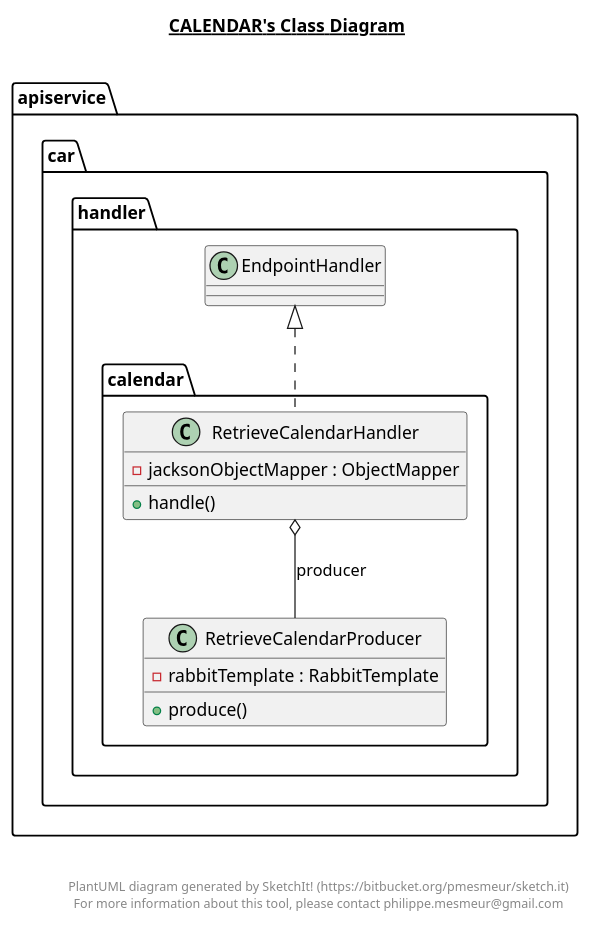
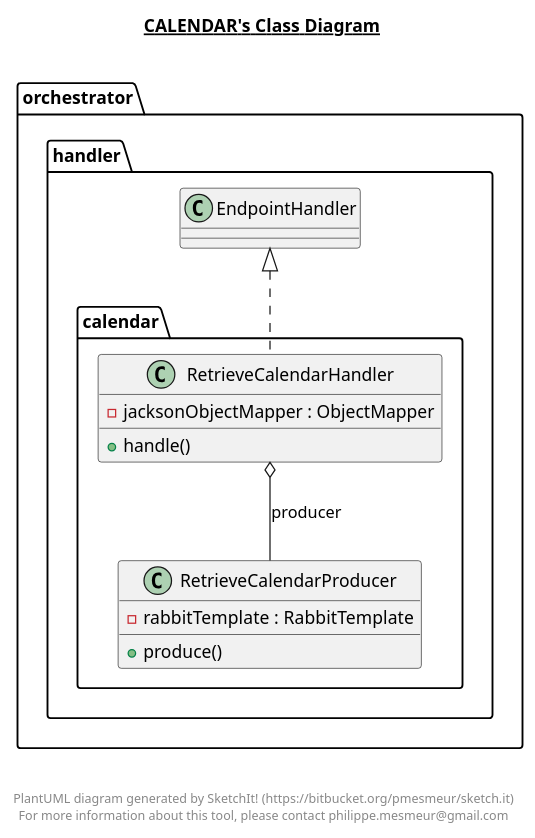
Before and after one commit to marcllort/Car_Rental_Monorepo: the diagram in orchestrator/src/main/java/orchestrator/handler/calendar/calendar.plantuml, drawn with PlantUML. The commit also changed 21 other files, not shown here.

Commit message:
Added diagrams

```diff
--- a/orchestrator/src/main/java/orchestrator/handler/calendar/calendar.plantuml
+++ b/orchestrator/src/main/java/orchestrator/handler/calendar/calendar.plantuml
@@ -1,40 +1,40 @@
 @startuml
 
 title __CALENDAR's Class Diagram__\n
 
-  namespace apiservice.car {
+  namespace orchestrator {
     namespace handler {
       namespace calendar {
-        class apiservice.car.handler.calendar.RetrieveCalendarHandler {
+        class orchestrator.handler.calendar.RetrieveCalendarHandler {
             - jacksonObjectMapper : ObjectMapper
             + handle()
         }
       }
     }
   }
   
 
-  namespace apiservice.car {
+  namespace orchestrator {
     namespace handler {
       namespace calendar {
-        class apiservice.car.handler.calendar.RetrieveCalendarProducer {
+        class orchestrator.handler.calendar.RetrieveCalendarProducer {
             - rabbitTemplate : RabbitTemplate
             + produce()
         }
       }
     }
   }
   
 
-  apiservice.car.handler.calendar.RetrieveCalendarHandler .up.|> apiservice.car.handler.EndpointHandler
-  apiservice.car.handler.calendar.RetrieveCalendarHandler o-- apiservice.car.handler.calendar.RetrieveCalendarProducer : producer
+  orchestrator.handler.calendar.RetrieveCalendarHandler .up.|> orchestrator.handler.EndpointHandler
+  orchestrator.handler.calendar.RetrieveCalendarHandler o-- orchestrator.handler.calendar.RetrieveCalendarProducer : producer
 
 
 right footer
 
 
 PlantUML diagram generated by SketchIt! (https://bitbucket.org/pmesmeur/sketch.it)
 For more information about this tool, please contact philippe.mesmeur@gmail.com
 endfooter
 
 @enduml
```
